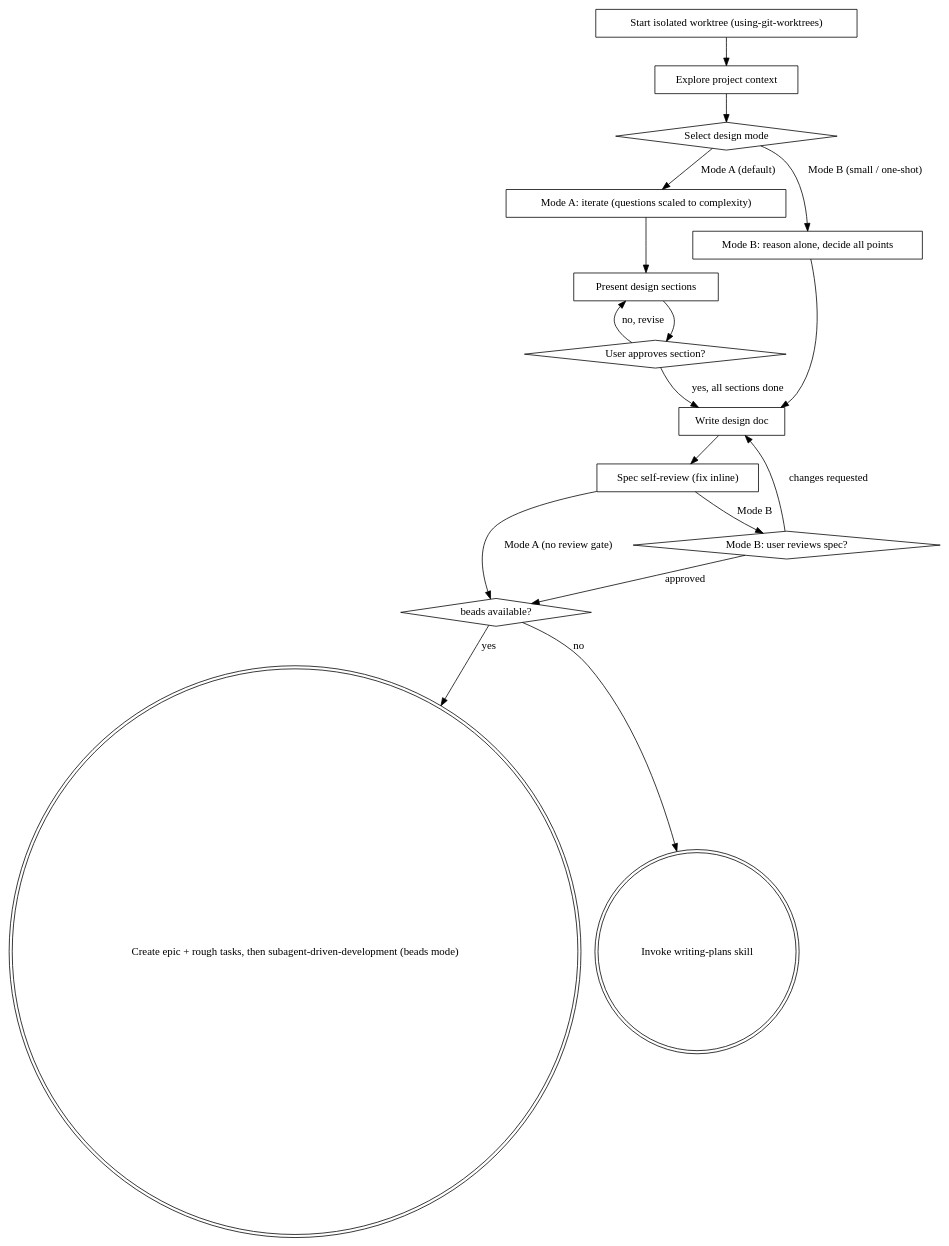
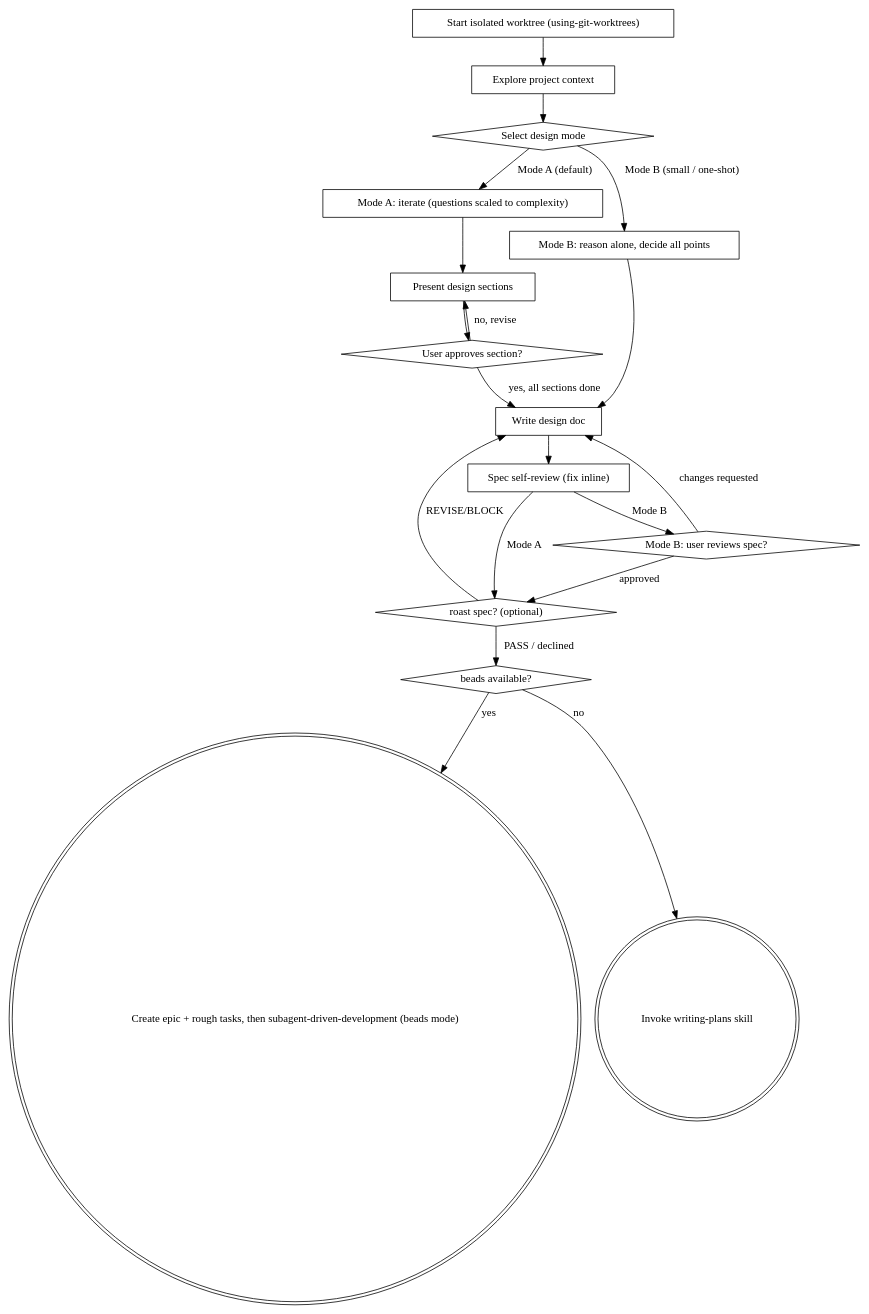
Before and after one commit to alepar/superpowers: the diagram in skills/brainstorming/SKILL.md, drawn with Graphviz. The commit also changed other lines of this file, not shown here.

Commit message:
feat(brainstorming): optional roast gate before implementation handoff

````diff
--- a/skills/brainstorming/SKILL.md
+++ b/skills/brainstorming/SKILL.md
@@ -50,34 +51,37 @@
 ```dot
 digraph brainstorming {
     "Start isolated worktree (using-git-worktrees)" [shape=box];
     "Explore project context" [shape=box];
     "Select design mode" [shape=diamond];
     "Mode A: iterate (questions scaled to complexity)" [shape=box];
     "Mode B: reason alone, decide all points" [shape=box];
     "Present design sections" [shape=box];
     "User approves section?" [shape=diamond];
     "Write design doc" [shape=box];
     "Spec self-review (fix inline)" [shape=box];
+    "roast spec? (optional)" [shape=diamond];
     "Mode B: user reviews spec?" [shape=diamond];
     "beads available?" [shape=diamond];
     "Create epic + rough tasks, then subagent-driven-development (beads mode)" [shape=doublecircle];
     "Invoke writing-plans skill" [shape=doublecircle];
 
     "Start isolated worktree (using-git-worktrees)" -> "Explore project context";
     "Explore project context" -> "Select design mode";
     "Select design mode" -> "Mode A: iterate (questions scaled to complexity)" [label="Mode A (default)"];
     "Select design mode" -> "Mode B: reason alone, decide all points" [label="Mode B (small / one-shot)"];
     "Mode A: iterate (questions scaled to complexity)" -> "Present design sections";
     "Present design sections" -> "User approves section?";
     "User approves section?" -> "Present design sections" [label="no, revise"];
     "User approves section?" -> "Write design doc" [label="yes, all sections done"];
     "Mode B: reason alone, decide all points" -> "Write design doc";
     "Write design doc" -> "Spec self-review (fix inline)";
+    "Spec self-review (fix inline)" -> "roast spec? (optional)" [label="Mode A"];
     "Spec self-review (fix inline)" -> "Mode B: user reviews spec?" [label="Mode B"];
-    "Spec self-review (fix inline)" -> "beads available?" [label="Mode A (no review gate)"];
     "Mode B: user reviews spec?" -> "Write design doc" [label="changes requested"];
-    "Mode B: user reviews spec?" -> "beads available?" [label="approved"];
+    "Mode B: user reviews spec?" -> "roast spec? (optional)" [label="approved"];
+    "roast spec? (optional)" -> "Write design doc" [label="REVISE/BLOCK"];
+    "roast spec? (optional)" -> "beads available?" [label="PASS / declined"];
     "beads available?" -> "Create epic + rough tasks, then subagent-driven-development (beads mode)" [label="yes"];
     "beads available?" -> "Invoke writing-plans skill" [label="no"];
 }
 ```
````
